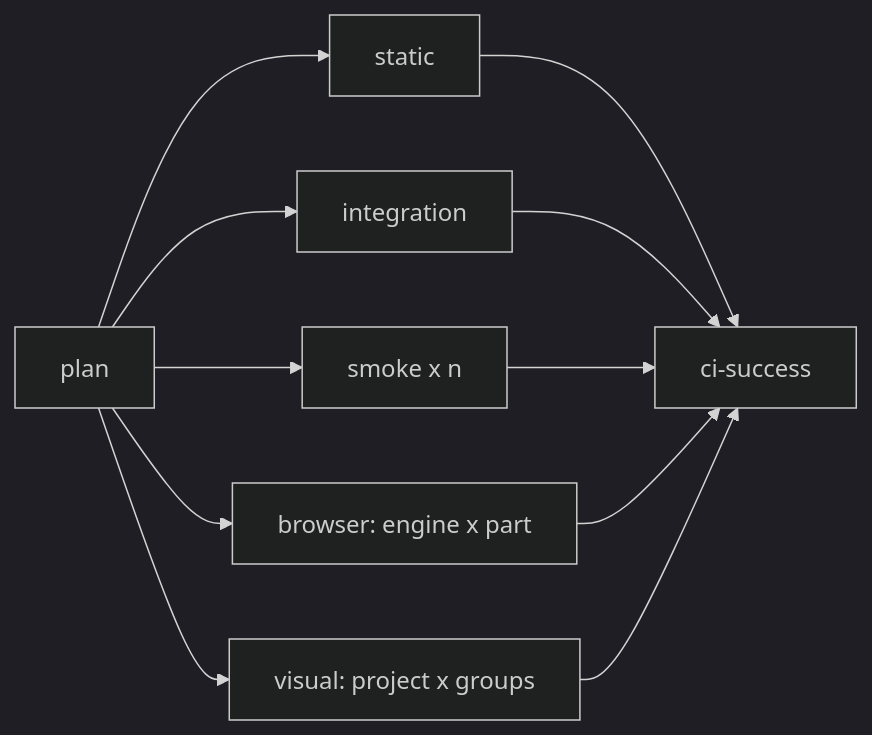
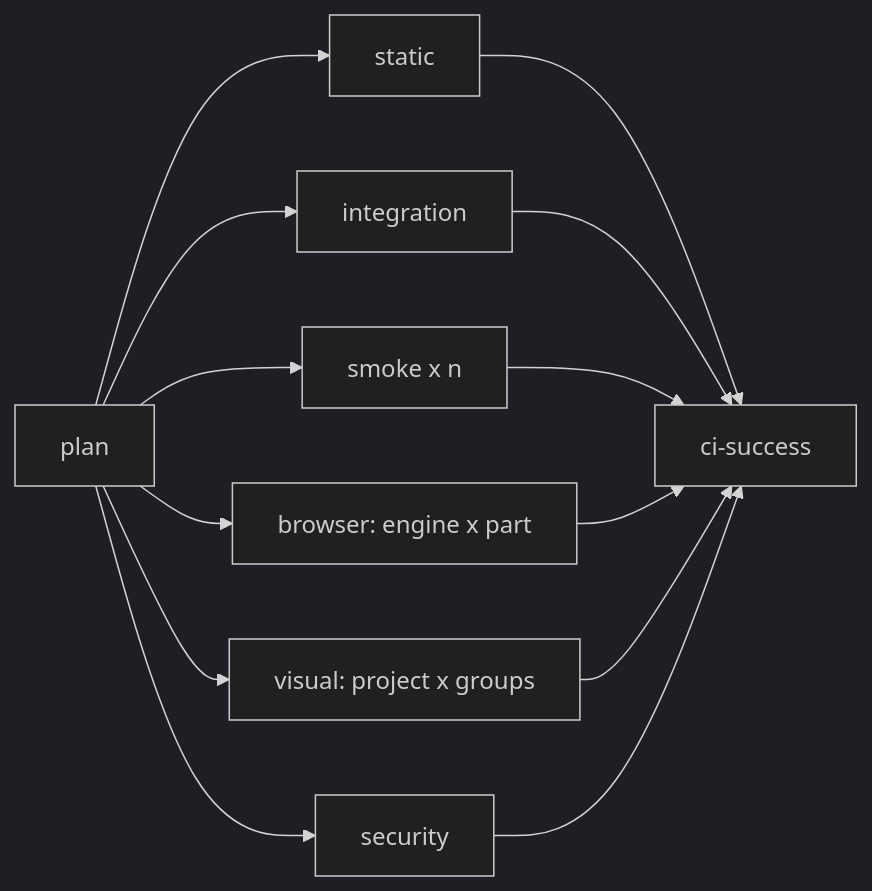
The diagram in specs/ci.md (abraham/dieselpunk), drawn with Mermaid (dark theme) before and after one commit. The commit also changed other lines of this file and 12 other files, not shown here.

````diff
--- a/specs/ci.md
+++ b/specs/ci.md
@@ -26,10 +26,11 @@
 ```mermaid
 flowchart LR
-  plan[plan] --> static & integration & smoke & browser & visual
+  plan[plan] --> static & integration & smoke & browser & visual & security
   static[static]
   integration[integration]
   smoke[smoke x n]
   browser[browser: engine x part]
   visual[visual: project x groups]
-  static & integration & smoke & browser & visual --> ok[ci-success]
+  security[security]
+  static & integration & smoke & browser & visual & security --> ok[ci-success]
 ```
````
